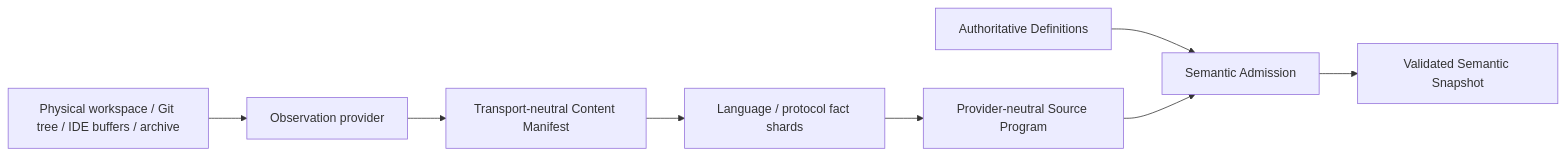
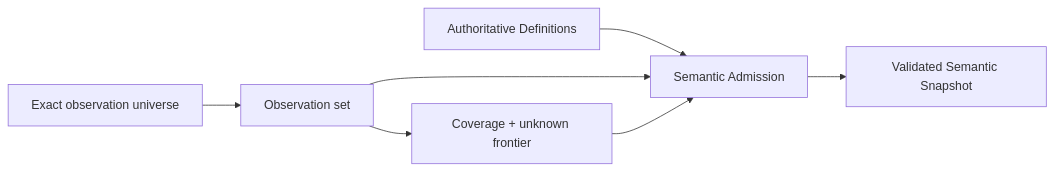
One commit to sec-platform/sec changed the seventh of 18 diagrams in docs/system-architecture.md. Above: the diagram before and after it, drawn with Mermaid. The commit also changed other lines of this file and 2 other files, not shown here.

````diff
--- a/docs/system-architecture.md
+++ b/docs/system-architecture.md
@@ -398,10 +398,9 @@
 ```mermaid
 flowchart LR
-  W[Physical workspace / Git tree / IDE buffers / archive] --> P[Observation provider]
-  P --> M[Transport-neutral Content Manifest]
-  M --> L[Language / protocol fact shards]
-  L --> S[Provider-neutral Source Program]
+  U[Exact observation universe] --> O[Observation set]
+  O --> C[Coverage + unknown frontier]
   D[Authoritative Definitions] --> A[Semantic Admission]
-  S --> A
+  O --> A
+  C --> A
   A --> V[Validated Semantic Snapshot]
 ```
````
